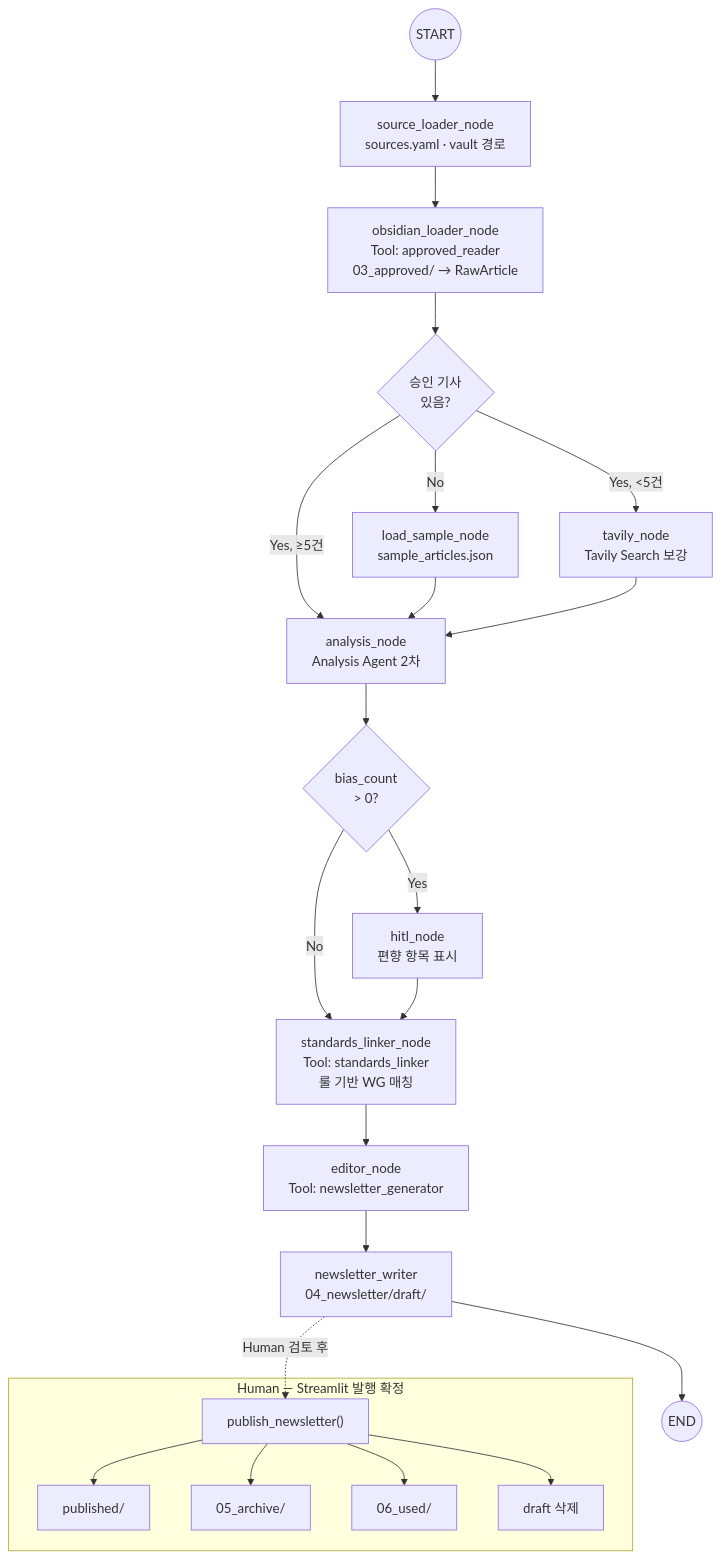
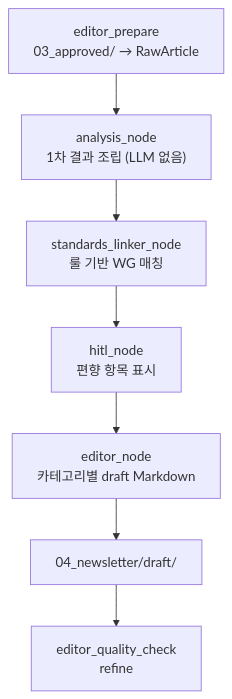
The third of 4 diagrams in docs/assignment-spec.md (BPARK0131/newsletter_agent), drawn with Mermaid before and after one commit. The commit also changed other lines of this file and 67 other files, not shown here.

````diff
--- a/docs/assignment-spec.md
+++ b/docs/assignment-spec.md
@@ -472,32 +459,9 @@
 ```mermaid
 flowchart TB
-    START((START)) --> SL["source_loader_node<br/>sources.yaml · vault 경로"]
-    SL --> OL["obsidian_loader_node<br/>Tool: approved_reader<br/>03_approved/ → RawArticle"]
-
-    OL --> C1{승인 기사<br/>있음?}
-    C1 -->|No| LS["load_sample_node<br/>sample_articles.json"]
-    C1 -->|Yes, &lt;5건| TV["tavily_node<br/>Tavily Search 보강"]
-    C1 -->|Yes, ≥5건| AN["analysis_node<br/>Analysis Agent 2차"]
-
-    LS --> AN
-    TV --> AN
-
-    AN --> C2{bias_count<br/>&gt; 0?}
-    C2 -->|Yes| HI["hitl_node<br/>편향 항목 표시"]
-    C2 -->|No| ST["standards_linker_node<br/>Tool: standards_linker<br/>룰 기반 WG 매칭"]
-    HI --> ST
-
-    ST --> ED["editor_node<br/>Tool: newsletter_generator"]
-    ED --> WR["newsletter_writer<br/>04_newsletter/draft/"]
-    WR --> END((END))
-
-    subgraph PublishHuman["Human — Streamlit 발행 확정"]
-        PH["publish_newsletter()"]
-        PH --> P1["published/"]
-        PH --> P2["05_archive/"]
-        PH --> P3["06_used/"]
-        PH --> P4["draft 삭제"]
-    end
-
-    WR -.->|Human 검토 후| PH
+    EP["editor_prepare<br/>03_approved/ → RawArticle"] --> AN["analysis_node<br/>1차 결과 조립 (LLM 없음)"]
+    AN --> ST["standards_linker_node<br/>룰 기반 WG 매칭"]
+    ST --> HI["hitl_node<br/>편향 항목 표시"]
+    HI --> ED["editor_node<br/>카테고리별 draft Markdown"]
+    ED --> WR["04_newsletter/draft/"]
+    WR --> EQ["editor_quality_check<br/>refine"]
 ```
````
